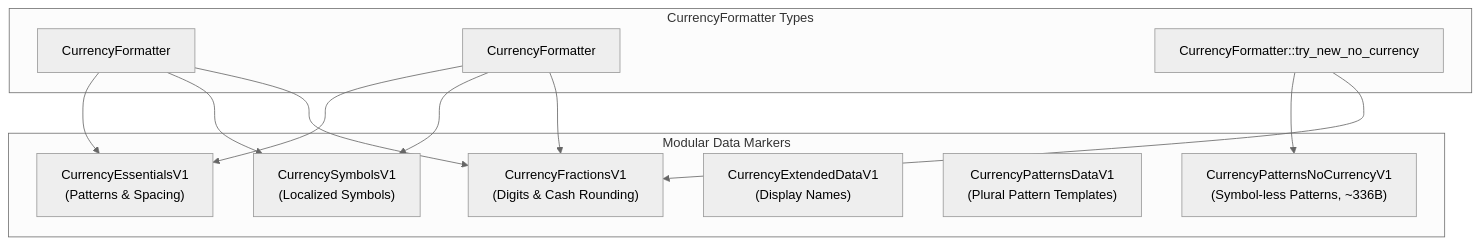
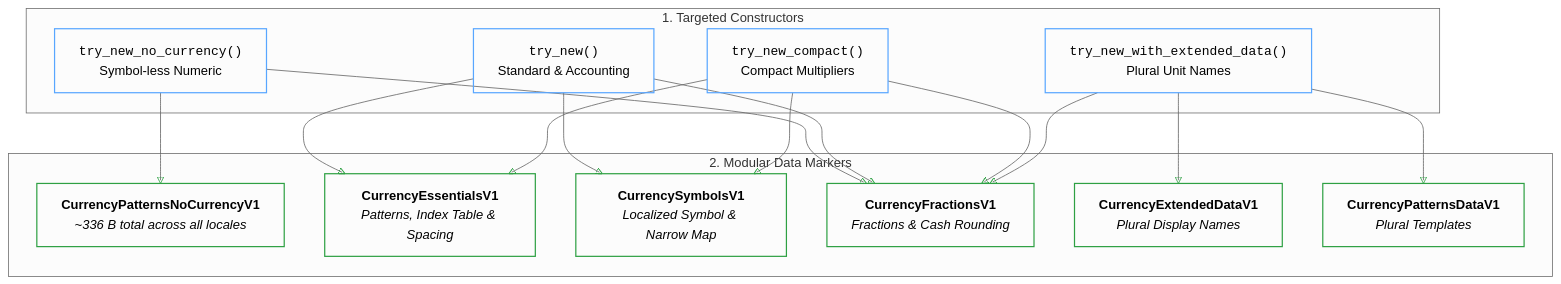
The third of 5 diagrams in documents/design/number/currency_formatter.md (unicode-org/icu4x), drawn with Mermaid (neutral theme) before and after one commit. The commit also changed other lines of this file, not shown here.

Commit message:
docs: Refine currency formatter design doc, simplify diagrams, and complete specifications

````diff
--- a/documents/design/number/currency_formatter.md
+++ b/documents/design/number/currency_formatter.md
@@ -193,28 +135,36 @@
 ```mermaid
 graph TD
-    subgraph Formatter["CurrencyFormatter Types"]
-        StandardCF["CurrencyFormatter<DecimalFormatter>"]
-        CompactCF["CurrencyFormatter<CompactDecimalFormatter>"]
-        NoCurCF["CurrencyFormatter::try_new_no_currency"]
+    classDef constructor stroke:#58a6ff,stroke-width:1.5px,fill:none;
+    classDef marker stroke:#2ea043,stroke-width:1.5px,fill:none;
+
+    subgraph Constructors["1. Targeted Constructors"]
+        C_NoCur["<code>try_new_no_currency()</code><br>Symbol-less Numeric"]:::constructor
+        C_Std["<code>try_new()</code><br>Standard & Accounting"]:::constructor
+        C_Compact["<code>try_new_compact()</code><br>Compact Multipliers"]:::constructor
+        C_Ext["<code>try_new_with_extended_data()</code><br>Plural Unit Names"]:::constructor
     end
 
-    subgraph DataMarkers["Modular Data Markers"]
-        M_Ess["CurrencyEssentialsV1<br>(Patterns & Spacing)"]
-        M_NoCur["CurrencyPatternsNoCurrencyV1<br>(Symbol-less Patterns, ~336B)"]
-        M_Sym["CurrencySymbolsV1<br>(Localized Symbols)"]
-        M_Ext["CurrencyExtendedDataV1<br>(Display Names)"]
-        M_Pat["CurrencyPatternsDataV1<br>(Plural Pattern Templates)"]
-        M_Frac["CurrencyFractionsV1<br>(Digits & Cash Rounding)"]
+    subgraph Markers["2. Modular Data Markers"]
+        M_NoCur["<b>CurrencyPatternsNoCurrencyV1</b><br><i>~336 B total across all locales</i>"]:::marker
+        M_Ess["<b>CurrencyEssentialsV1</b><br><i>Patterns, Index Table & Spacing</i>"]:::marker
+        M_Sym["<b>CurrencySymbolsV1</b><br><i>Localized Symbol & Narrow Map</i>"]:::marker
+        M_Frac["<b>CurrencyFractionsV1</b><br><i>Fractions & Cash Rounding</i>"]:::marker
+        M_Ext["<b>CurrencyExtendedDataV1</b><br><i>Plural Display Names</i>"]:::marker
+        M_Pat["<b>CurrencyPatternsDataV1</b><br><i>Plural Templates</i>"]:::marker
     end
 
-    StandardCF --> M_Ess
-    StandardCF --> M_Sym
-    StandardCF --> M_Frac
+    C_NoCur --> M_NoCur
+    C_NoCur --> M_Frac
 
-    NoCurCF --> M_NoCur
-    NoCurCF --> M_Frac
+    C_Std --> M_Ess
+    C_Std --> M_Sym
+    C_Std --> M_Frac
 
-    CompactCF --> M_Ess
-    CompactCF --> M_Sym
-    CompactCF --> M_Frac
+    C_Compact --> M_Ess
+    C_Compact --> M_Sym
+    C_Compact --> M_Frac
+
+    C_Ext --> M_Ext
+    C_Ext --> M_Pat
+    C_Ext --> M_Frac
 ```
````
